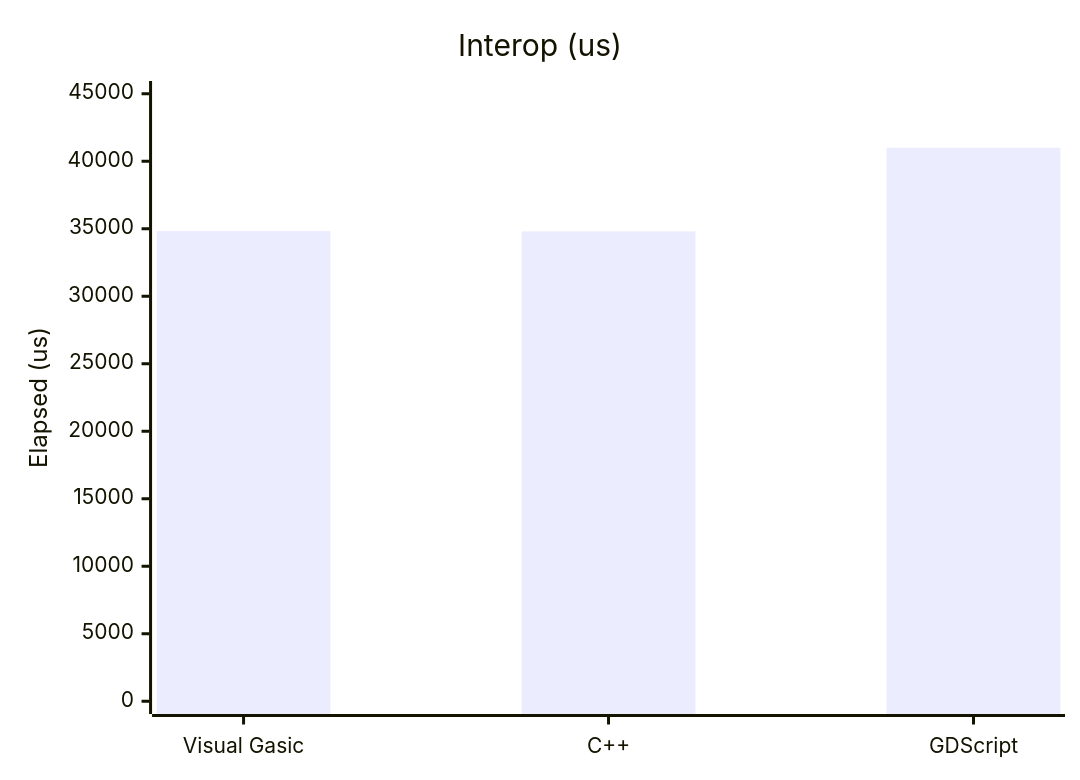
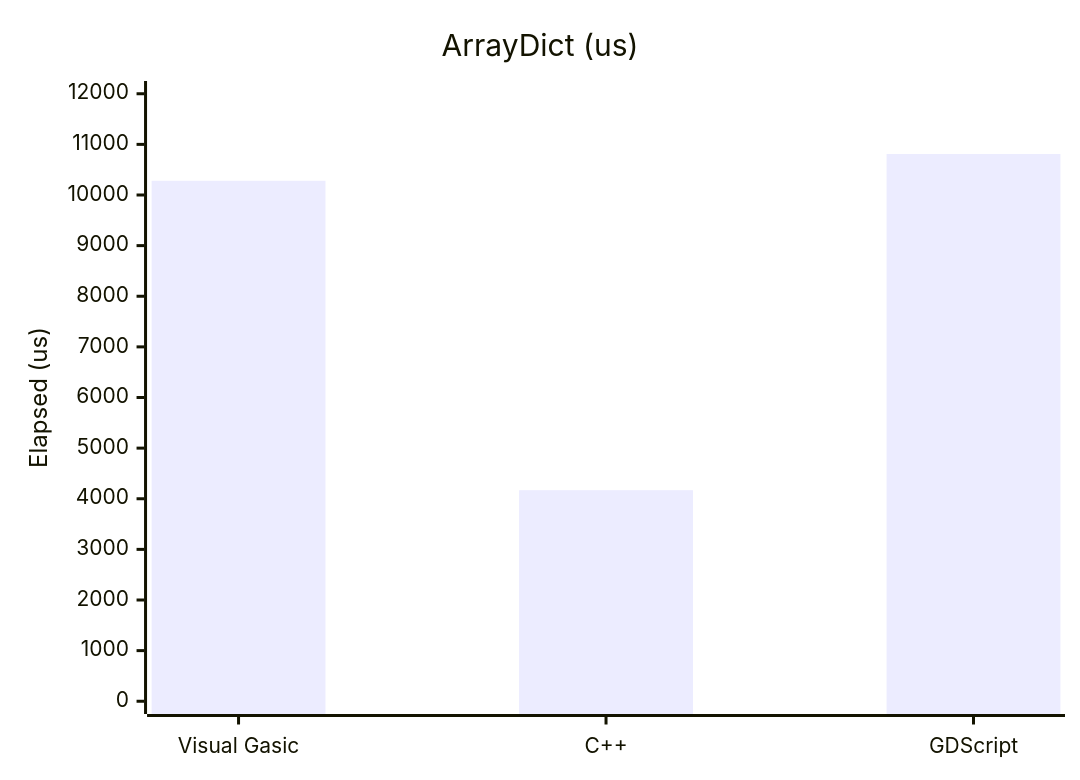
Before and after one commit to xgreenrx-star/VisualGasic: the sixth of 10 diagrams in docs/manual/performance.md, drawn with Mermaid. The commit also changed other lines of this file and 5 other files, not shown here.

````diff
--- a/docs/manual/performance.md
+++ b/docs/manual/performance.md
@@ -117,7 +114,7 @@
 ```mermaid
 xychart-beta
-    title "Interop (us)"
+    title "ArrayDict (us)"
     x-axis ["Visual Gasic","C++","GDScript"]
-    y-axis "Elapsed (us)" 0 --> 45000
-    bar [34829,34805,41005]
+    y-axis "Elapsed (us)" 0 --> 12000
+    bar [10281,4169,10810]
 ```
````
